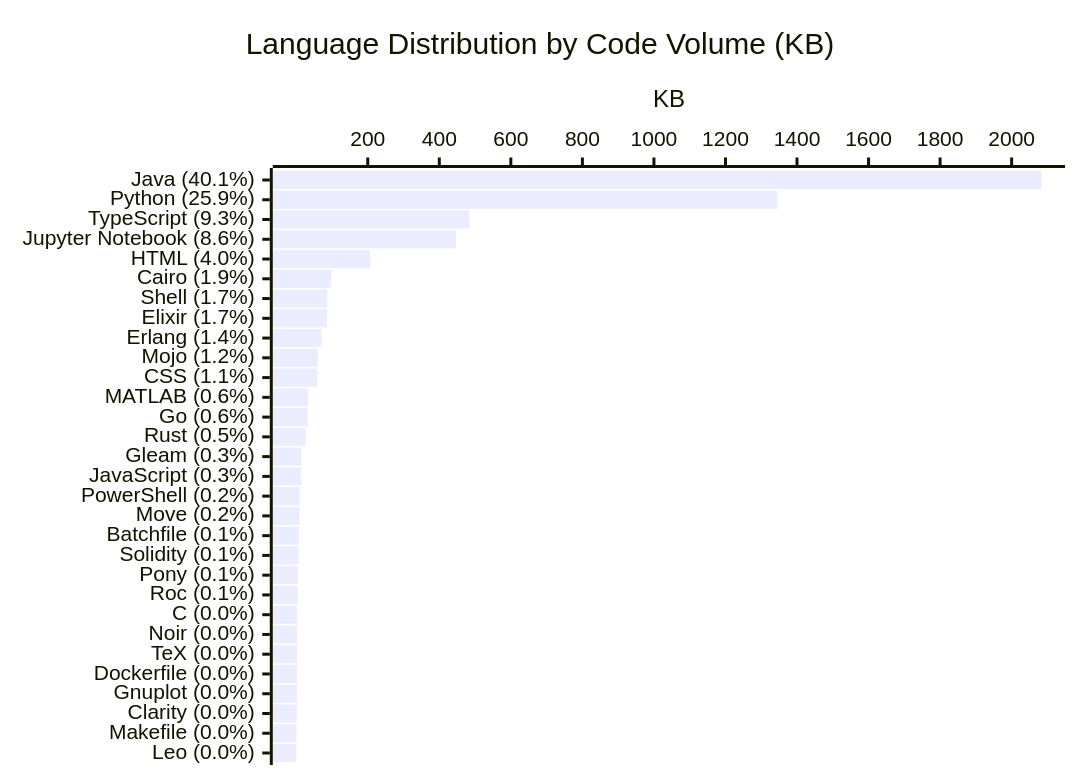
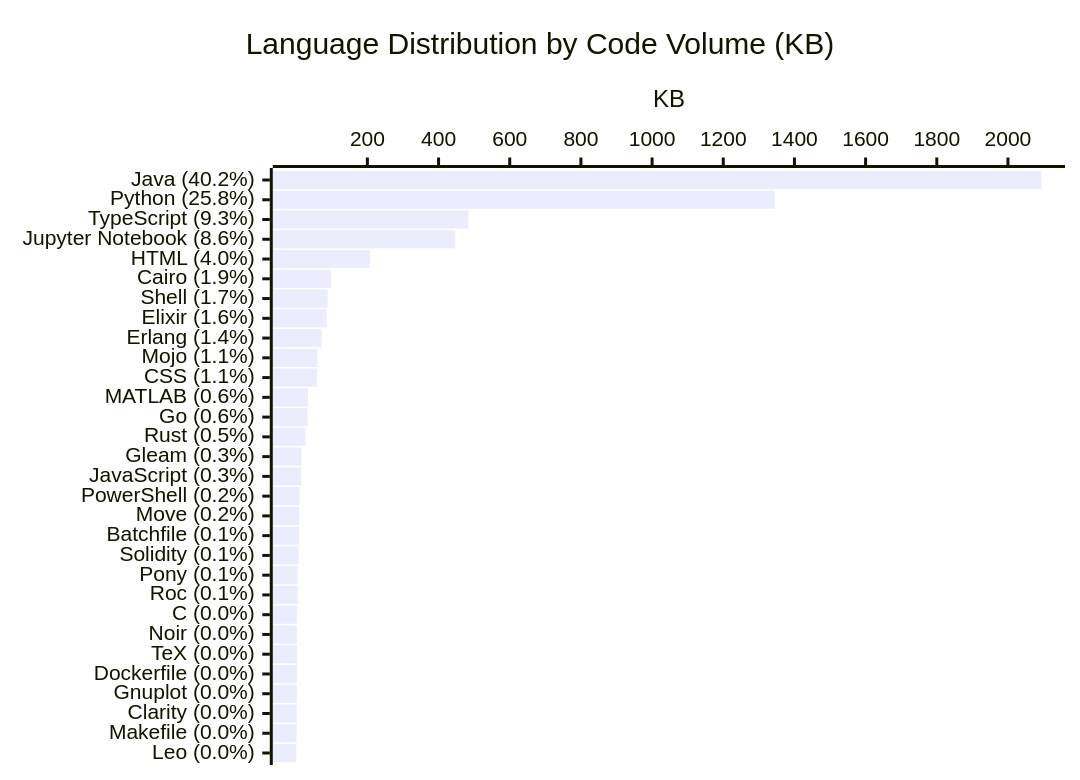
The diagram in profile/README.md (KathiraveluLab/.github), drawn with Mermaid before and after one commit. The commit also changed other lines of this file and 1 other file, not shown here.

````diff
--- a/profile/README.md
+++ b/profile/README.md
@@ -64,7 +64,7 @@
 ```mermaid
 xychart-beta horizontal
     title "Language Distribution by Code Volume (KB)"
-    x-axis ["Java (40.1%)", "Python (25.9%)", "TypeScript (9.3%)", "Jupyter Notebook (8.6%)", "HTML (4.0%)", "Cairo (1.9%)", "Shell (1.7%)", "Elixir (1.7%)", "Erlang (1.4%)", "Mojo (1.2%)", "CSS (1.1%)", "MATLAB (0.6%)", "Go (0.6%)", "Rust (0.5%)", "Gleam (0.3%)", "JavaScript (0.3%)", "PowerShell (0.2%)", "Move (0.2%)", "Batchfile (0.1%)", "Solidity (0.1%)", "Pony (0.1%)", "Roc (0.1%)", "C (0.0%)", "Noir (0.0%)", "TeX (0.0%)", "Dockerfile (0.0%)", "Gnuplot (0.0%)", "Clarity (0.0%)", "Makefile (0.0%)", "Leo (0.0%)"]
+    x-axis ["Java (40.2%)", "Python (25.8%)", "TypeScript (9.3%)", "Jupyter Notebook (8.6%)", "HTML (4.0%)", "Cairo (1.9%)", "Shell (1.7%)", "Elixir (1.6%)", "Erlang (1.4%)", "Mojo (1.1%)", "CSS (1.1%)", "MATLAB (0.6%)", "Go (0.6%)", "Rust (0.5%)", "Gleam (0.3%)", "JavaScript (0.3%)", "PowerShell (0.2%)", "Move (0.2%)", "Batchfile (0.1%)", "Solidity (0.1%)", "Pony (0.1%)", "Roc (0.1%)", "C (0.0%)", "Noir (0.0%)", "TeX (0.0%)", "Dockerfile (0.0%)", "Gnuplot (0.0%)", "Clarity (0.0%)", "Makefile (0.0%)", "Leo (0.0%)"]
     y-axis "KB"
-    bar [2083.4, 1345.16, 483.75, 446.9, 207.27, 98.21, 86.54, 85.96, 71.37, 59.84, 58.73, 33.04, 32.03, 26.08, 14.6, 13.89, 9.6, 8.83, 7.42, 6.65, 4.14, 4.09, 2.58, 2.46, 2.29, 2.01, 1.82, 1.53, 0.99, 0.27]
+    bar [2094.22, 1345.16, 483.75, 446.9, 207.27, 98.21, 88.61, 85.96, 71.37, 59.84, 58.73, 33.04, 32.03, 26.08, 14.6, 13.89, 9.6, 8.83, 7.79, 6.65, 4.14, 4.09, 2.58, 2.46, 2.29, 2.01, 1.82, 1.53, 0.99, 0.27]
 ```
````
